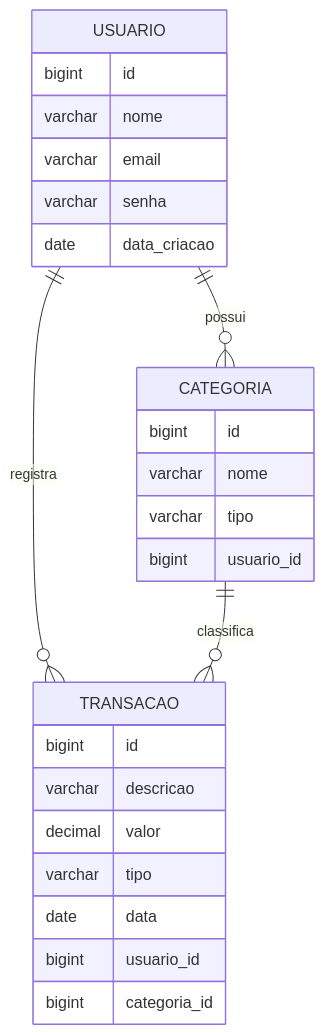
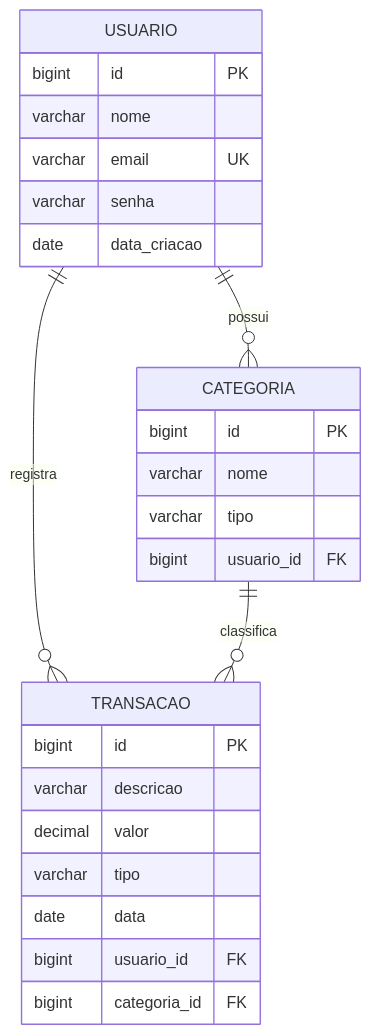
The second of 2 diagrams in README.md (RyanMiranda01/financas_on), drawn with Mermaid before and after one commit. The commit also changed other lines of this file, not shown here.

````diff
--- a/README.md
+++ b/README.md
@@ -93,32 +64,31 @@
 ```mermaid
 erDiagram
+    USUARIO ||--o{ CATEGORIA : possui
+    USUARIO ||--o{ TRANSACAO : registra
+    CATEGORIA ||--o{ TRANSACAO : classifica
 
-USUARIO ||--o{ CATEGORIA : possui
-USUARIO ||--o{ TRANSACAO : registra
-CATEGORIA ||--o{ TRANSACAO : classifica
+    USUARIO {
+        bigint id PK
+        varchar nome
+        varchar email UK
+        varchar senha
+        date data_criacao
+    }
 
-USUARIO{
-    bigint id
-    varchar nome
-    varchar email
-    varchar senha
-    date data_criacao
-}
+    CATEGORIA {
+        bigint id PK
+        varchar nome
+        varchar tipo
+        bigint usuario_id FK
+    }
 
-CATEGORIA{
-    bigint id
-    varchar nome
-    varchar tipo
-    bigint usuario_id
-}
-
-TRANSACAO{
-    bigint id
-    varchar descricao
-    decimal valor
-    varchar tipo
-    date data
-    bigint usuario_id
-    bigint categoria_id
-}
+    TRANSACAO {
+        bigint id PK
+        varchar descricao
+        decimal valor
+        varchar tipo
+        date data
+        bigint usuario_id FK
+        bigint categoria_id FK
+    }
 ```
````
